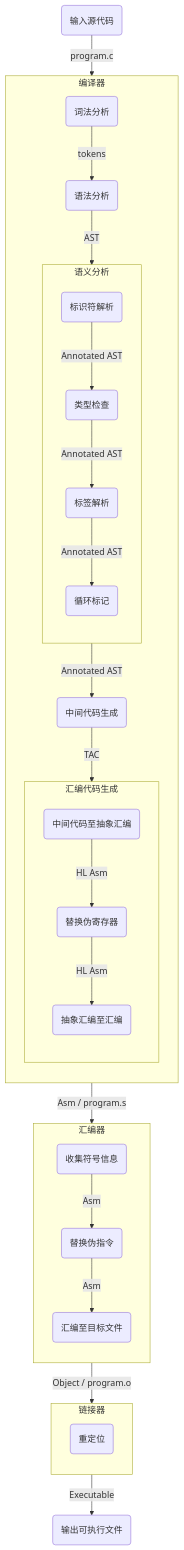
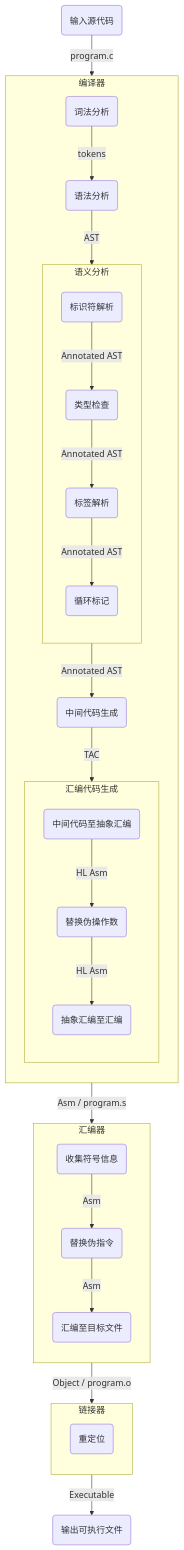
Before and after one commit to FlyMachinee/minecraft-c-language: the first of 2 diagrams in docs/impl_details_zh_cn.md, drawn with Mermaid. The commit also changed 1 other file, not shown here.

Commit message:
Update document

````diff
--- a/docs/impl_details_zh_cn.md
+++ b/docs/impl_details_zh_cn.md
@@ -7,55 +7,55 @@
 ```mermaid
 graph TD
 
     subgraph Compiler [编译器]
         direction TD
         Lexer(词法分析)
         Parser(语法分析)
         
         subgraph SemanticAnalysis [语义分析]
             direction TD
             IdentifierResolution(标识符解析)
             TypeChecking(类型检查)
             LabelResolution(标签解析)
             LoopLabeling(循环标记)
         end
         
         TacGen(中间代码生成)
 
         subgraph AsmGen [汇编代码生成]
             direction TD
             TacToHighLevelAsm(中间代码至抽象汇编)
-            ReplacePseudoRegister(替换伪寄存器)
+            ReplacePseudoOperand(替换伪操作数)
             HighLevelAsmToAsm(抽象汇编至汇编)
         end
     end
 
     subgraph Assembler [汇编器]
         direction TD
         CollectSymbols(收集符号信息)
         ReplacePseudoAsm(替换伪指令)
         AsmToObjectFile(汇编至目标文件)
     end
 
     subgraph Linker [链接器]
         direction TD
         Redirect(重定位)
     end
 
     Start(输入源代码)
     --> |program.c| Lexer
     --> |tokens| Parser
     --> |AST| IdentifierResolution
     --> |Annotated AST| TypeChecking
     --> |Annotated AST| LabelResolution
     --> |Annotated AST| LoopLabeling
     --> |Annotated AST| TacGen
     --> |TAC| TacToHighLevelAsm
-    --> |HL Asm| ReplacePseudoRegister
+    --> |HL Asm| ReplacePseudoOperand
     --> |HL Asm| HighLevelAsmToAsm
     --> |Asm / program.s| CollectSymbols
     --> |Asm| ReplacePseudoAsm
     --> |Asm| AsmToObjectFile
     --> |Object / program.o| Redirect
     --> |Executable| Stop(输出可执行文件)
 ```
````
